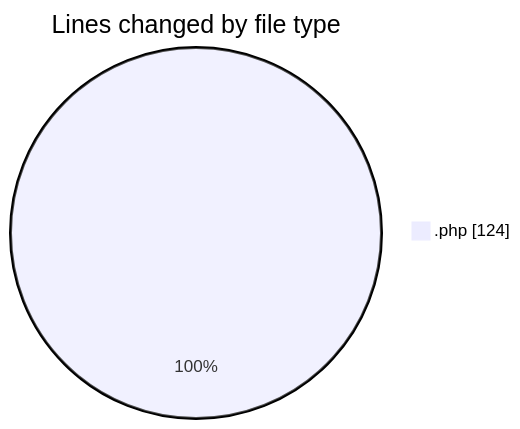
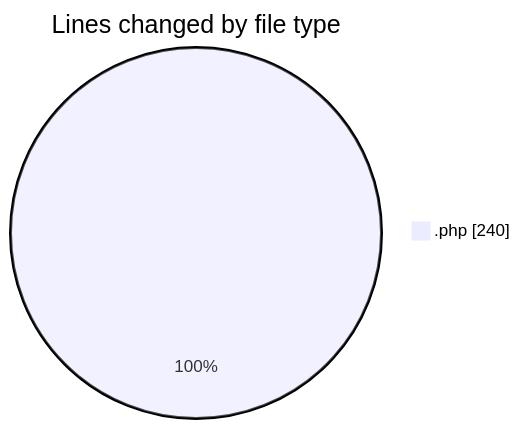
The first of 2 diagrams in 2025-05-25/bookingpodcas/README.md (idhammustaqopulfikri/code-tracking), drawn with Mermaid before and after one commit. The commit also changed other lines of this file and 1 other file, not shown here.

````diff
--- a/2025-05-25/bookingpodcas/README.md
+++ b/2025-05-25/bookingpodcas/README.md
@@ -21,5 +23,5 @@
 ```mermaid
 pie showData
 title Lines changed by file type
-".php" : 124
+".php" : 240
 ```
````
